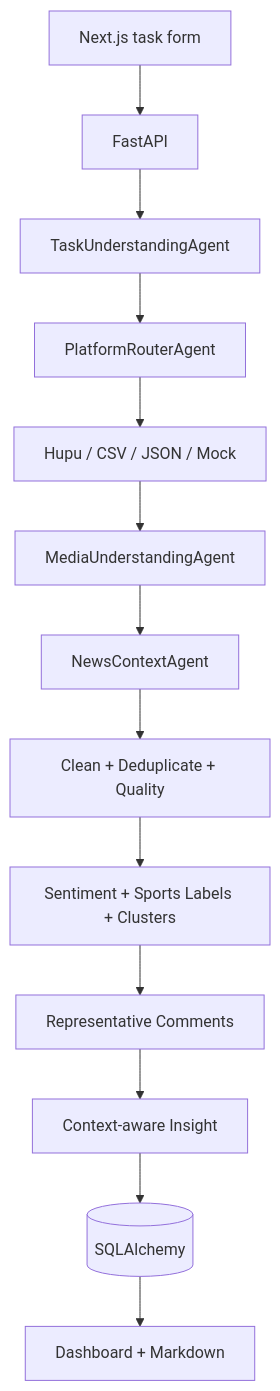
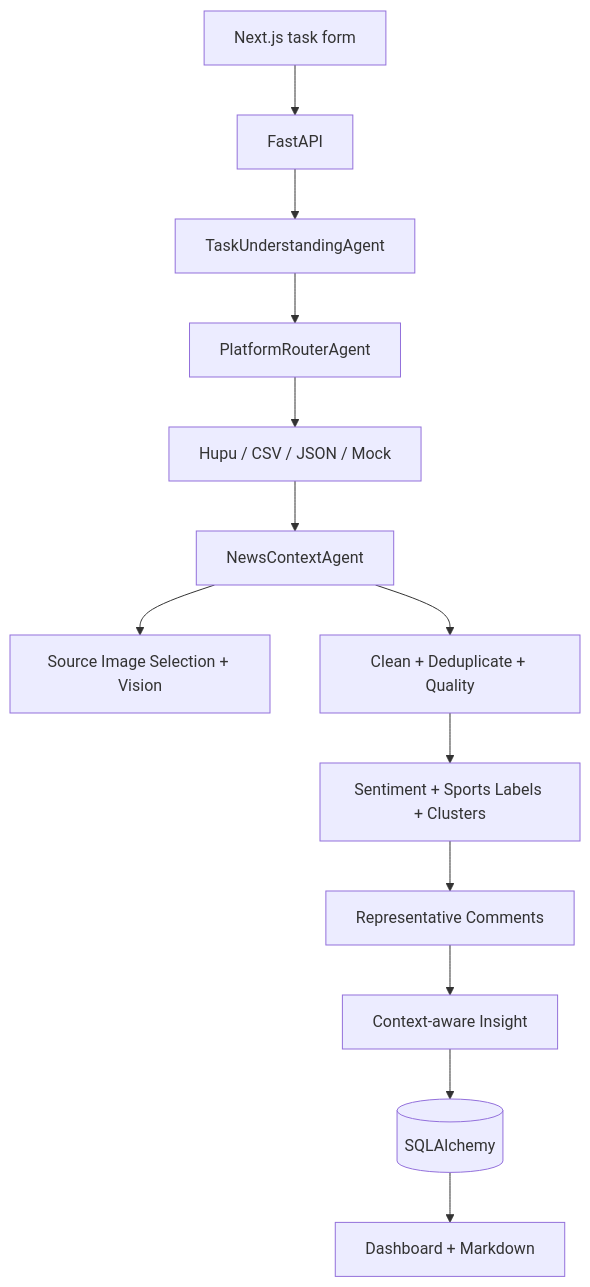
One commit to onlykillerf/comment-insight-agent changed the diagram in docs/architecture.md. Above: the diagram before and after it, drawn with Mermaid. The commit also changed other lines of this file and 34 other files, not shown here.

Commit message:
use source images instead of reply media

````diff
--- a/docs/architecture.md
+++ b/docs/architecture.md
@@ -15,15 +15,15 @@
 ```mermaid
 flowchart TD
   UI[Next.js task form] --> API[FastAPI]
   API --> Task[TaskUnderstandingAgent]
   Task --> Router[PlatformRouterAgent]
   Router --> Comments[Hupu / CSV / JSON / Mock]
-  Comments --> Media[MediaUnderstandingAgent]
-  Media --> Context[NewsContextAgent]
+  Comments --> Context[NewsContextAgent]
+  Context --> Media[Source Image Selection + Vision]
   Context --> Clean[Clean + Deduplicate + Quality]
   Clean --> Analyze[Sentiment + Sports Labels + Clusters]
   Analyze --> Sample[Representative Comments]
   Sample --> Insight[Context-aware Insight]
   Insight --> Store[(SQLAlchemy)]
   Store --> Report[Dashboard + Markdown]
 ```
````
